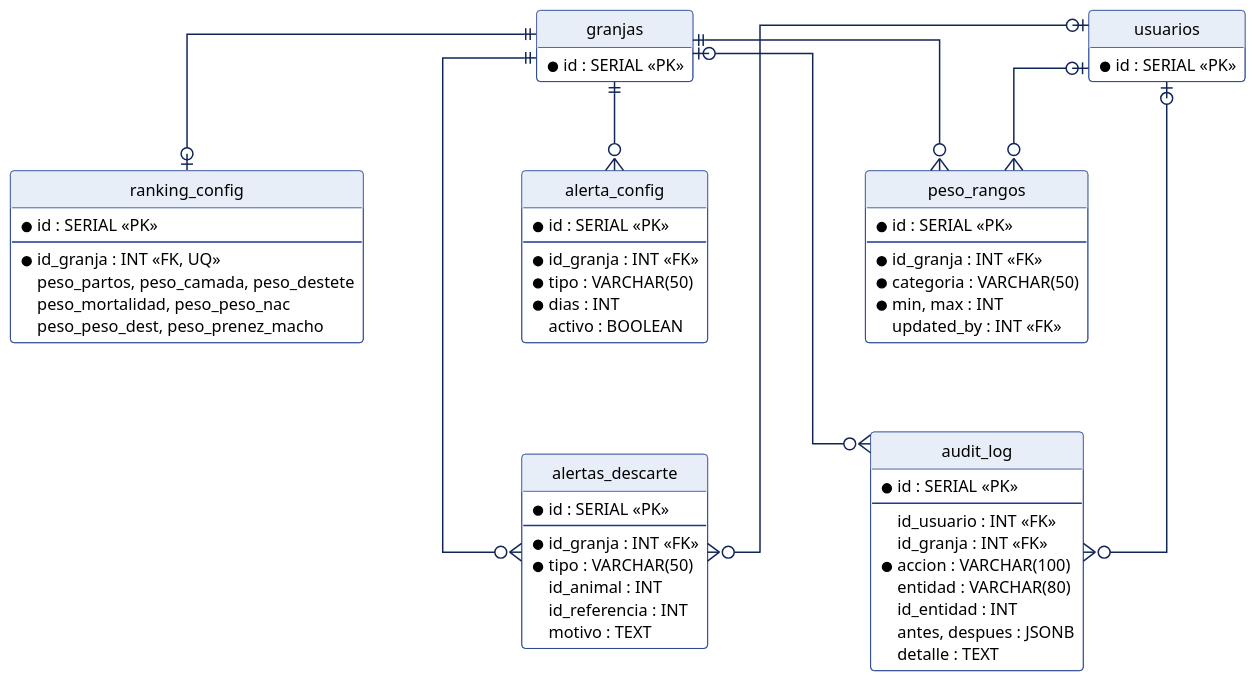
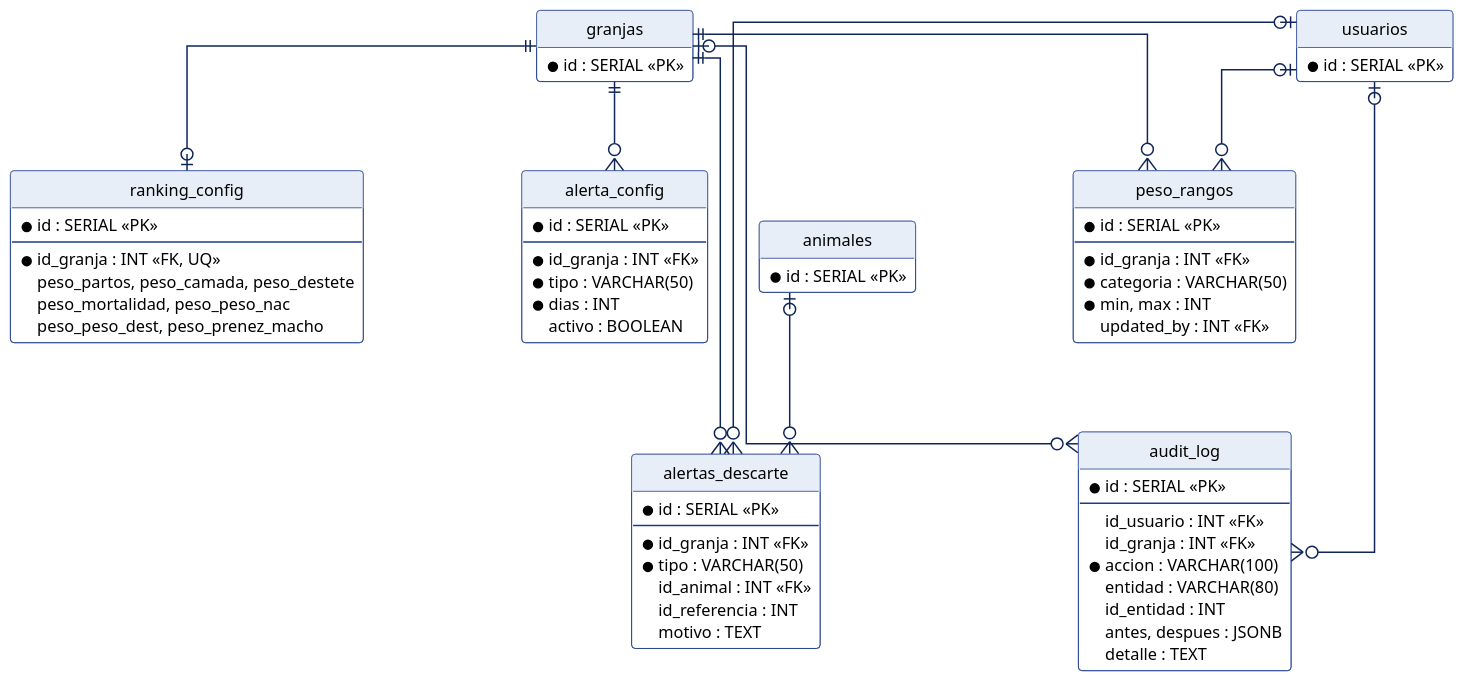
Before and after one commit to juan745Guevara/Cuy-system: the sixth of 6 diagrams in docs/entregable_final/entrega_02/ENTREGA_02.md, drawn with PlantUML. The commit also changed other lines of this file and 25 other files, not shown here.

````diff
--- a/docs/entregable_final/entrega_02/ENTREGA_02.md
+++ b/docs/entregable_final/entrega_02/ENTREGA_02.md
@@ -462,78 +463,82 @@
 ```plantuml {caption="MER — Configuración y auditoría"}
 @startuml
 hide circle
 hide methods
 skinparam dpi 150
 skinparam shadowing false
 skinparam defaultFontSize 11
 skinparam linetype ortho
 skinparam class {
   BackgroundColor White
   BorderColor #1B3A8C
   ArrowColor #0F2557
   HeaderBackgroundColor #E8EEF8
 }
 
 entity granjas {
   * id : SERIAL <<PK>>
 }
 entity usuarios {
+  * id : SERIAL <<PK>>
+}
+entity animales {
   * id : SERIAL <<PK>>
 }
 entity alerta_config {
   * id : SERIAL <<PK>>
   --
   * id_granja : INT <<FK>>
   * tipo : VARCHAR(50)
   * dias : INT
   activo : BOOLEAN
 }
 entity peso_rangos {
   * id : SERIAL <<PK>>
   --
   * id_granja : INT <<FK>>
   * categoria : VARCHAR(50)
   * min, max : INT
   updated_by : INT <<FK>>
 }
 entity ranking_config {
   * id : SERIAL <<PK>>
   --
   * id_granja : INT <<FK, UQ>>
   peso_partos, peso_camada, peso_destete
   peso_mortalidad, peso_peso_nac
   peso_peso_dest, peso_prenez_macho
 }
 entity alertas_descarte {
   * id : SERIAL <<PK>>
   --
   * id_granja : INT <<FK>>
   * tipo : VARCHAR(50)
-  id_animal : INT
+  id_animal : INT <<FK>>
   id_referencia : INT
   motivo : TEXT
 }
 entity audit_log {
   * id : SERIAL <<PK>>
   --
   id_usuario : INT <<FK>>
   id_granja : INT <<FK>>
   * accion : VARCHAR(100)
   entidad : VARCHAR(80)
   id_entidad : INT
   antes, despues : JSONB
   detalle : TEXT
 }
 
 alerta_config -[hidden]down- alertas_descarte
 peso_rangos -[hidden]down- audit_log
 granjas ||--o{ alerta_config
 granjas ||--o{ peso_rangos
 granjas ||--o| ranking_config
 granjas ||--o{ alertas_descarte
+animales |o--o{ alertas_descarte
 usuarios |o--o{ alertas_descarte
 usuarios |o--o{ peso_rangos
 usuarios |o--o{ audit_log
 granjas |o--o{ audit_log
 @enduml
 ```
````
